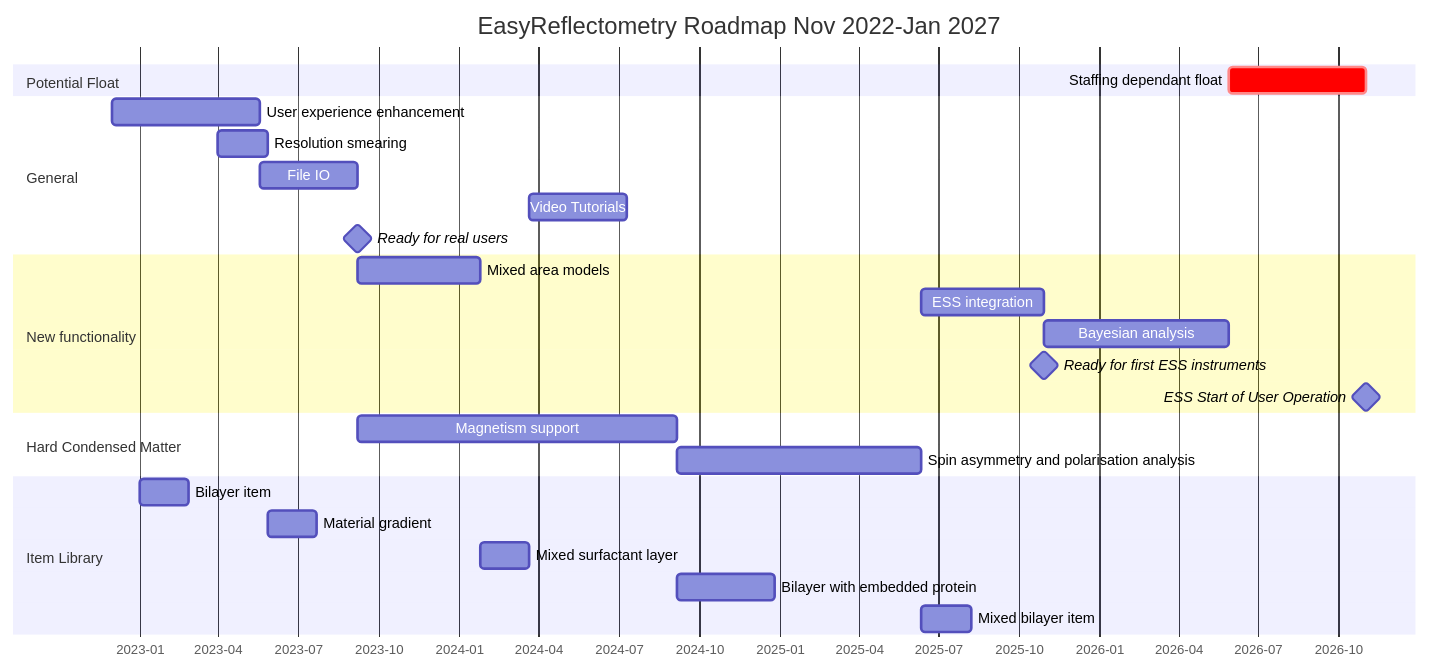
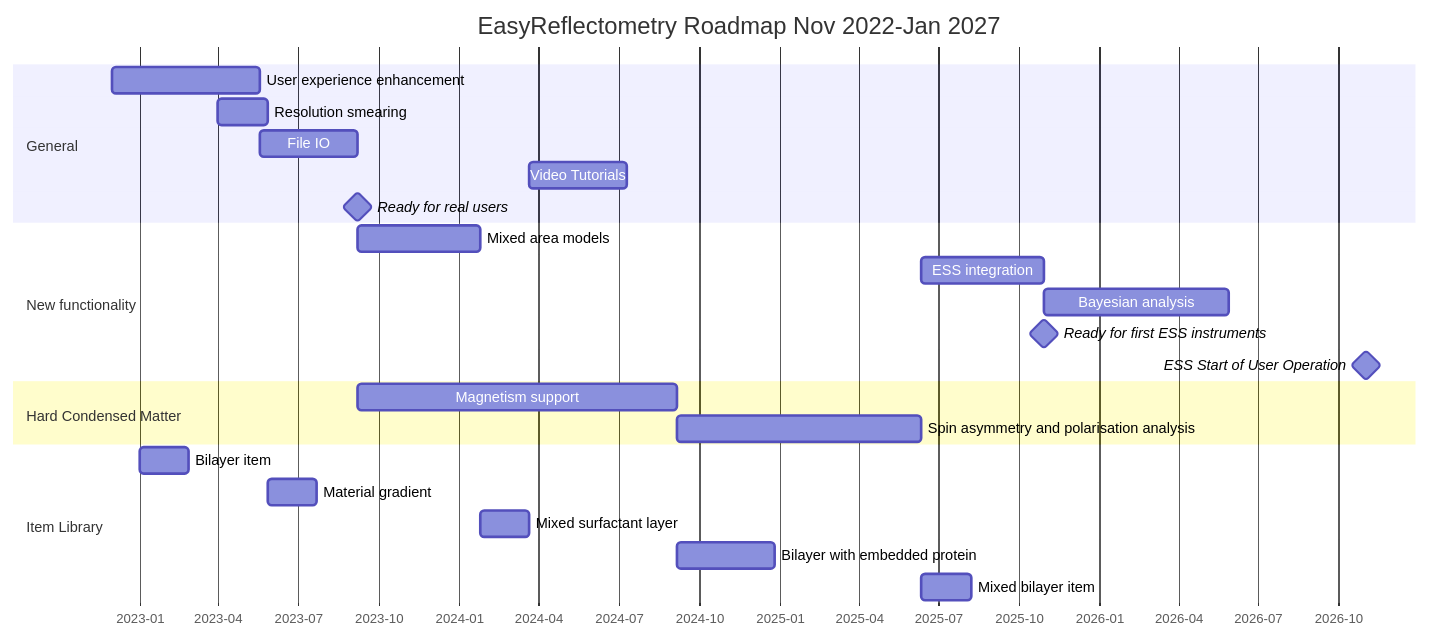
One commit to EasyScience/EasyReflectometryApp changed the diagram in ROADMAP.md. Above: the diagram before and after it, drawn with Mermaid.

````diff
--- a/ROADMAP.md
+++ b/ROADMAP.md
@@ -8,34 +8,32 @@
 ```mermaid
 gantt
     title EasyReflectometry Roadmap Nov 2022-Jan 2027
     dateFormat  YYYY-MM
     axisFormat  %Y-%m
     todaymarker off
-    section Potential Float
-    Staffing dependant float :crit, after b3, 2026-11
 
     section General
     User experience enhancement :a1, 2022-12, 24w
     Resolution smearing :a2, 2023-04, 8w
     File IO :a3, after a1, 16w
     Video Tutorials :a4, after d3, 16w
     Ready for real users: milestone, m1, after a3, 2min
 
     section New functionality
     Mixed area models :b1, after m1, 20w
     ESS integration :b2, after c2, 20w
     Bayesian analysis :b3, after b2, 30w
     Ready for first ESS instruments :milestone, m2, after b2, 2min
     ESS Start of User Operation :milestone, m3, 2026-11, 2min
 
     section Hard Condensed Matter
     Magnetism support :c1, after m1, 52w
     Spin asymmetry and polarisation analysis :c2, after c1, 40w
 
     section Item Library
     Bilayer item :d1, 2023-01, 8w
     Material gradient :d2, after a2, 8w
     Mixed surfactant layer :d3, after b1, 8w
     Bilayer with embedded protein :d4, after c1, 16w
     Mixed bilayer item :d5, after c2, 8w
 ```
````
